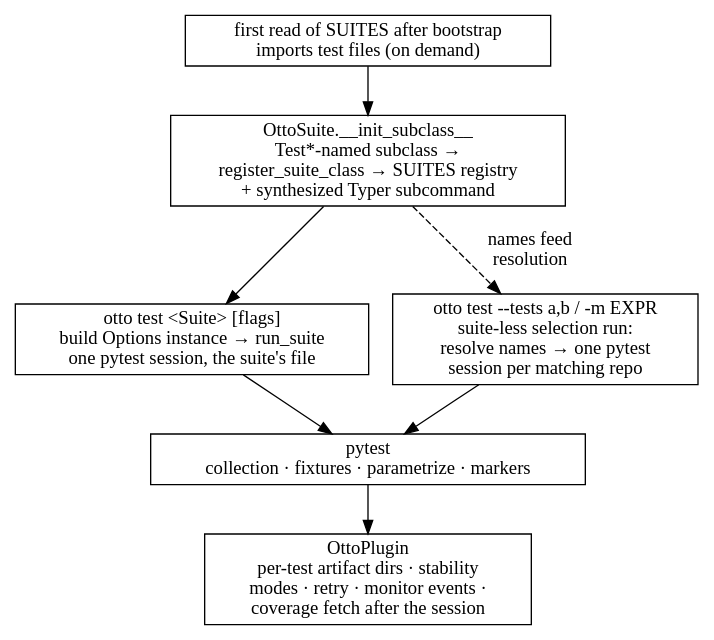
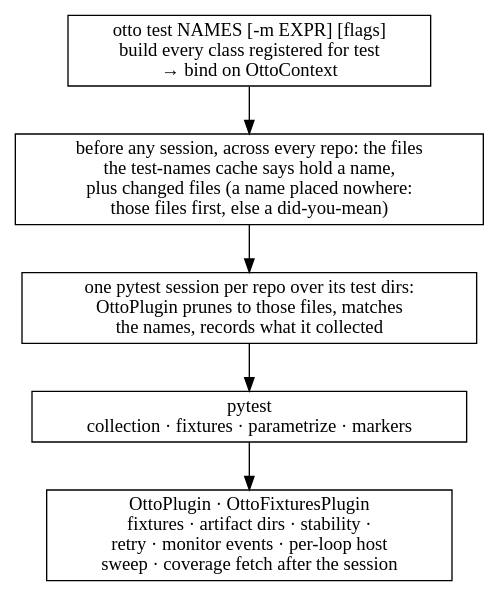
One commit to ludachrish3/otto-sh changed the diagram in docs/architecture/subsystems/execution.md. Above: the diagram before and after it, drawn with Graphviz. The commit also changed other lines of this file and 303 other files, not shown here.

````diff
--- a/docs/architecture/subsystems/execution.md
+++ b/docs/architecture/subsystems/execution.md
@@ -11,20 +11,14 @@
 ```{graphviz}
 digraph testpipeline {
     rankdir=TB;
     node [shape=box];
 
-    import [label="first read of SUITES after bootstrap\nimports test files (on demand)"];
-    reg [label="OttoSuite.__init_subclass__\nTest*-named subclass →\nregister_suite_class → SUITES registry\n+ synthesized Typer subcommand"];
-    suite [label="otto test <Suite> [flags]\nbuild Options instance → run_suite\none pytest session, the suite's file"];
-    select [label="otto test --tests a,b / -m EXPR\nsuite-less selection run:\nresolve names → one pytest\nsession per matching repo"];
+    cli [label="otto test NAMES [-m EXPR] [flags]\nbuild every class registered for test\n→ bind on OttoContext"];
+    resolve [label="before any session, across every repo: the files\nthe test-names cache says hold a name,\nplus changed files (a name placed nowhere:\nthose files first, else a did-you-mean)"];
+    session [label="one pytest session per repo over its test dirs:\nOttoPlugin prunes to those files, matches\nthe names, records what it collected"];
     pytest_ [label="pytest\ncollection · fixtures · parametrize · markers"];
-    plugin [label="OttoPlugin\nper-test artifact dirs · stability\nmodes · retry · monitor events ·\ncoverage fetch after the session"];
+    plugin [label="OttoPlugin · OttoFixturesPlugin\nfixtures · artifact dirs · stability ·\nretry · monitor events · per-loop host\nsweep · coverage fetch after the session"];
 
-    import -> reg;
-    reg -> suite;
-    reg -> select [style=dashed, label=" names feed\nresolution"];
-    suite -> pytest_;
-    select -> pytest_;
-    pytest_ -> plugin;
+    cli -> resolve -> session -> pytest_ -> plugin;
 }
 ```
````
